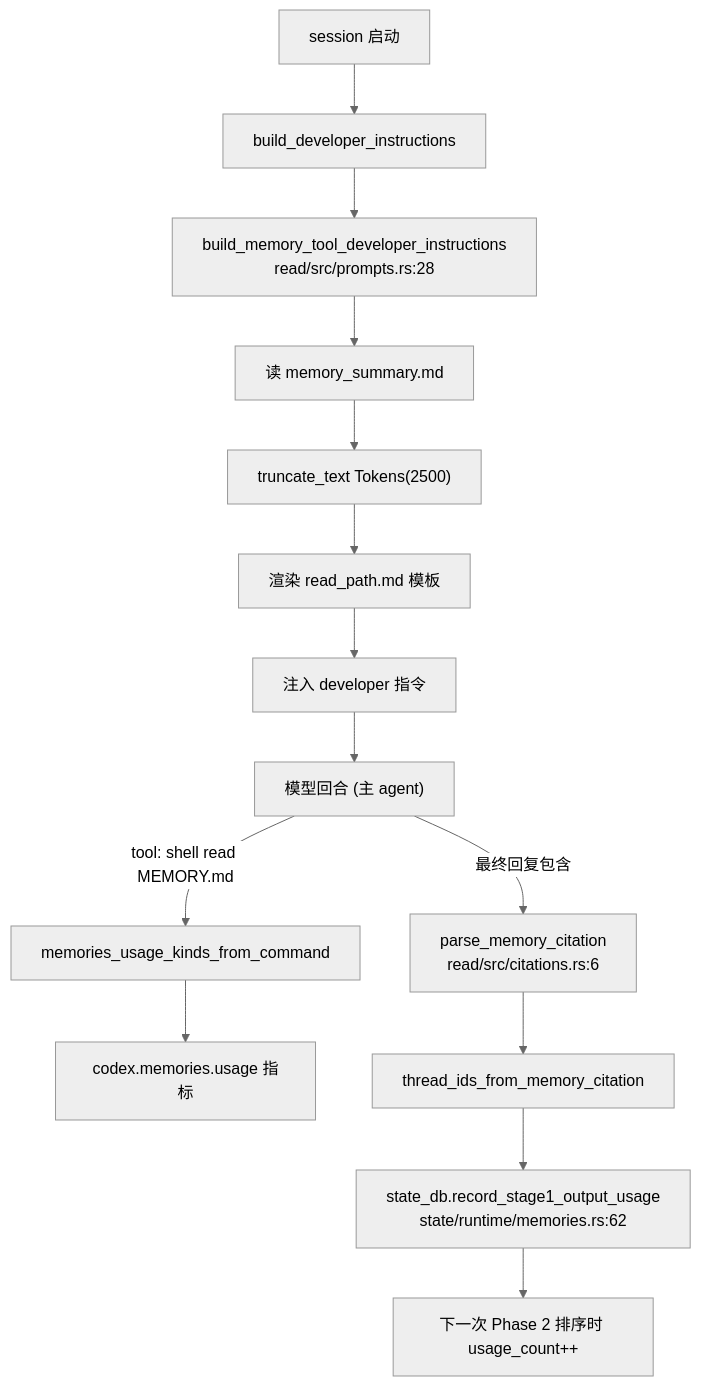
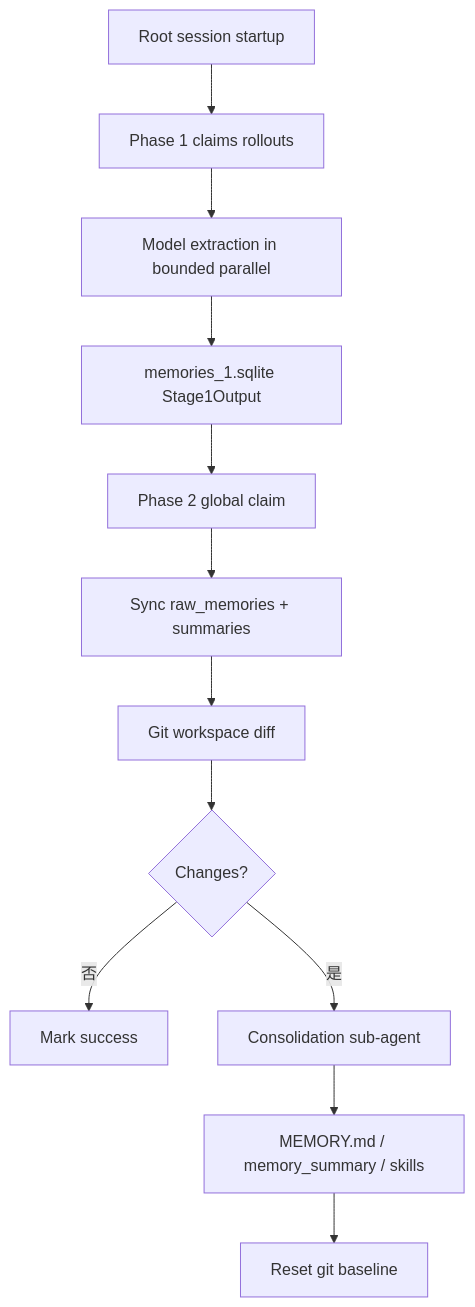
One commit to GLBB/codex-source-analysis changed the diagram in Part II Source Analysis/20-记忆系统.md. Above: the diagram before and after it, drawn with Mermaid. The commit also changed other lines of this file and 49 other files, not shown here.

````diff
--- a/Part II Source Analysis/20-记忆系统.md
+++ b/Part II Source Analysis/20-记忆系统.md
@@ -617,17 +24,14 @@
 ```mermaid
-%%{init:{'theme':'neutral','themeVariables':{'background':'#ffffff'}}}%%
-flowchart TB
-    A["session 启动"] --> B["build_developer_instructions"]
-    B --> C["build_memory_tool_developer_instructions<br/>read/src/prompts.rs:28"]
-    C --> D["读 memory_summary.md"]
-    D --> E["truncate_text Tokens(2500)"]
-    E --> F["渲染 read_path.md 模板"]
-    F --> G["注入 developer 指令"]
-    G --> H["模型回合 (主 agent)"]
-    H -- "tool: shell read MEMORY.md" --> I["memories_usage_kinds_from_command"]
-    I --> J["codex.memories.usage 指标"]
-    H -- "最终回复包含 <oai-mem-citation>" --> K["parse_memory_citation<br/>read/src/citations.rs:6"]
-    K --> L["thread_ids_from_memory_citation"]
-    L --> M["state_db.record_stage1_output_usage<br/>state/runtime/memories.rs:62"]
-    M --> N["下一次 Phase 2 排序时 usage_count++"]
+flowchart TD
+    A[Root session startup] --> B[Phase 1 claims rollouts]
+    B --> C[Model extraction in bounded parallel]
+    C --> D[memories_1.sqlite Stage1Output]
+    D --> E[Phase 2 global claim]
+    E --> F[Sync raw_memories + summaries]
+    F --> G[Git workspace diff]
+    G --> H{Changes?}
+    H -- 否 --> I[Mark success]
+    H -- 是 --> J[Consolidation sub-agent]
+    J --> K[MEMORY.md / memory_summary / skills]
+    K --> L[Reset git baseline]
 ```
````
